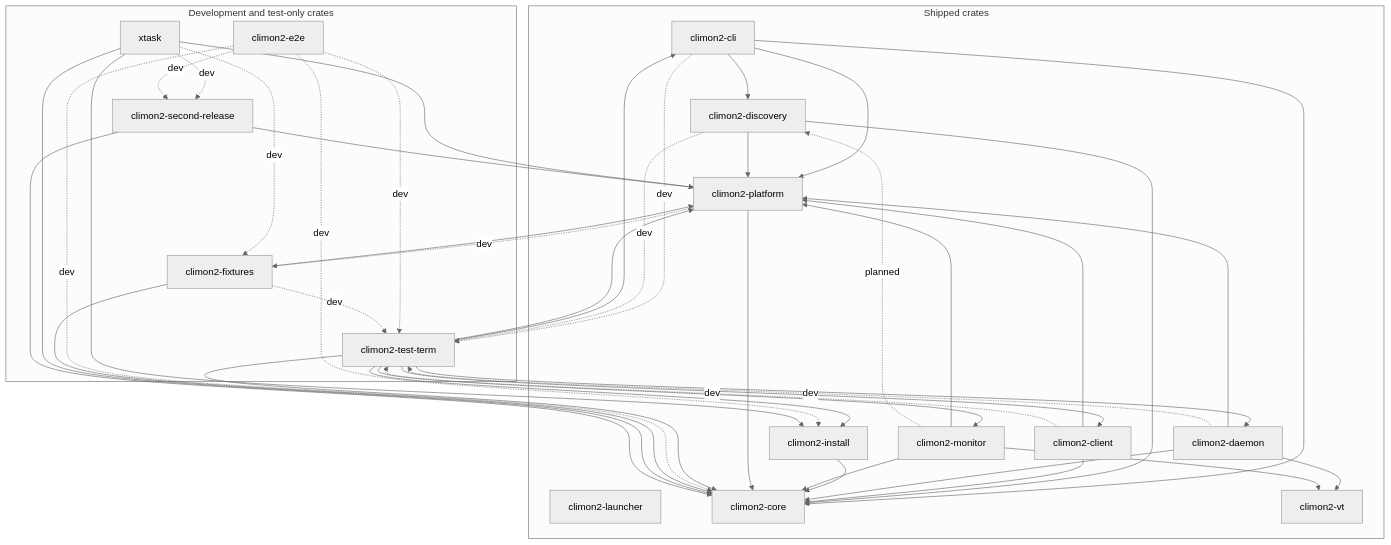
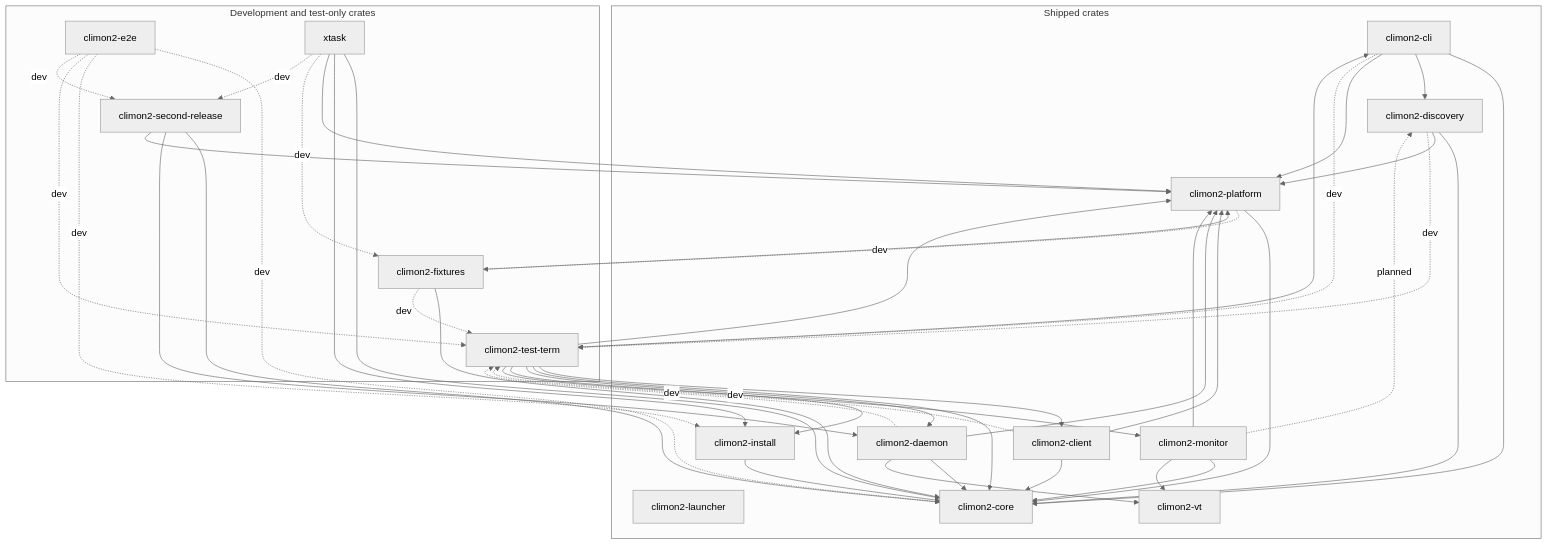
The diagram in docs/crate-relationships.md (jackgeek/climon2), drawn with Mermaid (neutral theme) before and after one commit. The commit also changed other lines of this file and 10 other files, not shown here.

First line of the commit message:
Give the second-release fixture its own session daemon

````diff
--- a/docs/crate-relationships.md
+++ b/docs/crate-relationships.md
@@ -10,68 +10,69 @@
 ```mermaid
 flowchart TB
     subgraph shipped["Shipped crates"]
         launcher["climon2-launcher"]
         cli["climon2-cli"]
         discovery["climon2-discovery"]
         client["climon2-client"]
         daemon["climon2-daemon"]
         install["climon2-install"]
         monitor["climon2-monitor"]
         platform["climon2-platform"]
         core["climon2-core"]
         vt["climon2-vt"]
 
         cli --> core
         cli --> discovery
         cli --> platform
         discovery --> core
         discovery --> platform
         client --> core
         client --> platform
         daemon --> core
         daemon --> platform
         daemon --> vt
         install --> core
         monitor --> core
         monitor --> platform
         monitor --> vt
         platform --> core
     end
 
     subgraph development["Development and test-only crates"]
         test_term["climon2-test-term"]
         e2e["climon2-e2e"]
         fixtures["climon2-fixtures"]
         xtask["xtask"]
         second["climon2-second-release"]
     end
 
     cli -.->|"dev"| test_term
     discovery -.->|"dev"| test_term
     client -.->|"dev"| test_term
     daemon -.->|"dev"| test_term
     test_term --> cli
     test_term --> client
     test_term --> core
     test_term --> daemon
     test_term --> install
     test_term --> monitor
     test_term --> platform
     e2e -.->|"dev"| core
     e2e -.->|"dev"| install
     e2e -.->|"dev"| test_term
     fixtures --> core
     fixtures --> platform
     fixtures -.->|"dev"| test_term
     platform -.->|"dev"| fixtures
     xtask --> core
     xtask --> install
     xtask --> platform
     xtask -.->|"dev"| fixtures
     xtask -.->|"dev"| second
     e2e -.->|"dev"| second
     second --> core
+    second --> daemon
     second --> platform
 
     monitor -.->|"planned"| discovery
 ```
````
